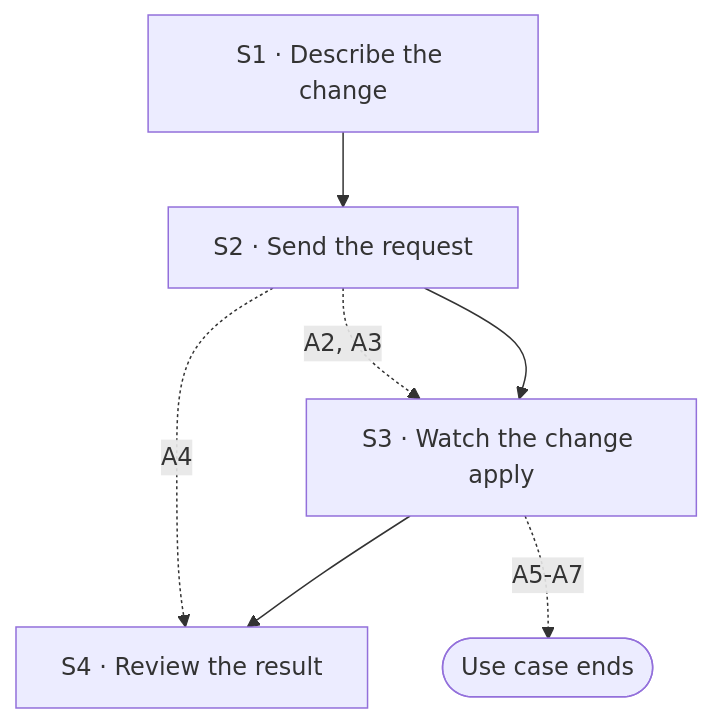
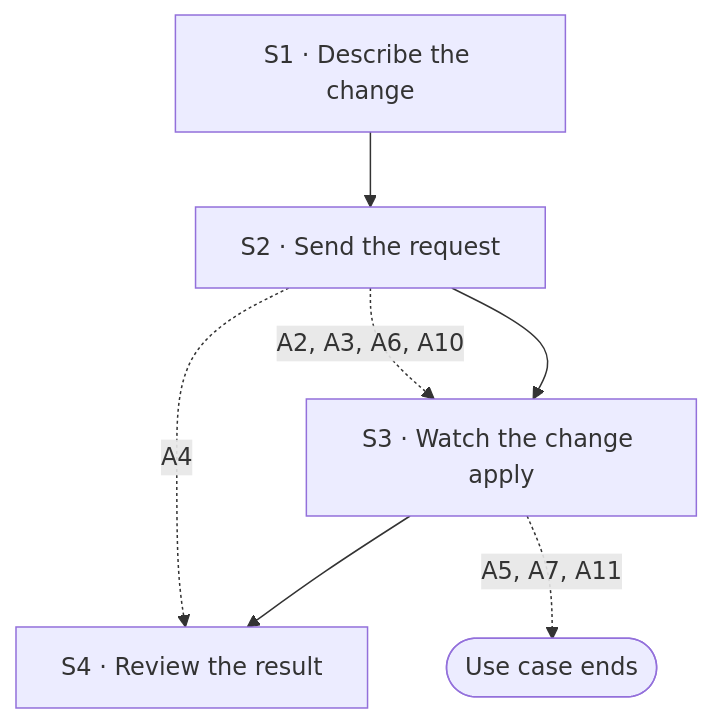
One commit to Luke23127006/DeckAgent changed the diagram in docs/spec/03-use-cases/UC-002.md. Above: the diagram before and after it, drawn with Mermaid. The commit also changed other lines of this file and 4 other files, not shown here.

Commit message:
docs(spec): align use case flows with V1 product decisions

````diff
--- a/docs/spec/03-use-cases/UC-002.md
+++ b/docs/spec/03-use-cases/UC-002.md
@@ -15,12 +15,12 @@
 ```mermaid
 flowchart TD
   S1["S1 · Describe the change"]
   S2["S2 · Send the request"]
   S3["S3 · Watch the change apply"]
   S4["S4 · Review the result"]
   DONE(["Use case ends"])
   S1 --> S2 --> S3 --> S4
-  S2 -.->|"A2, A3"| S3
+  S2 -.->|"A2, A3, A6, A10"| S3
   S2 -.->|"A4"| S4
-  S3 -.->|"A5-A7"| DONE
+  S3 -.->|"A5, A7, A11"| DONE
 ```
````
